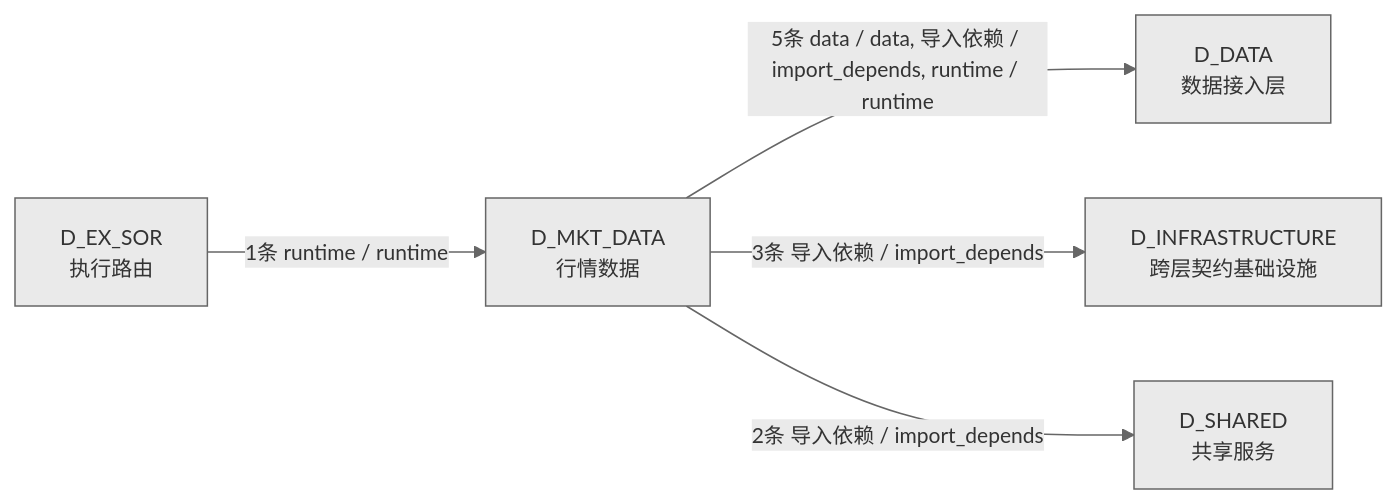
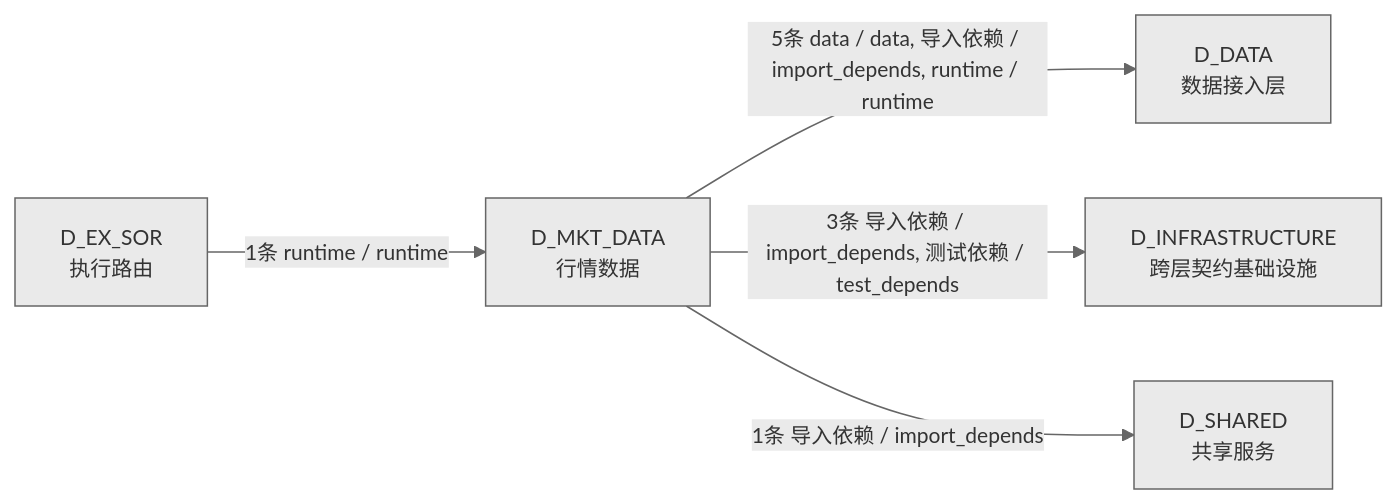
The fourth of 4 diagrams in docs/02_enterprise_architecture/02_domain_architecture_docs/23_d_mkt_data.md (xuanFelixVan/ZephyrAlpha), drawn with Mermaid before and after one commit. The commit also changed other lines of this file and 41 other files, not shown here.

````diff
--- a/docs/02_enterprise_architecture/02_domain_architecture_docs/23_d_mkt_data.md
+++ b/docs/02_enterprise_architecture/02_domain_architecture_docs/23_d_mkt_data.md
@@ -196,13 +202,13 @@
 ```mermaid
 %%{init: {'theme': 'base', 'themeVariables': {'primaryColor': '#eaeaea', 'primaryTextColor': '#333333', 'primaryBorderColor': '#666666', 'lineColor': '#666666', 'secondaryColor': '#eaeaea', 'tertiaryColor': '#eaeaea', 'fontSize': '14px'}}}%%
 graph LR
     D_MKT_DATA["D_MKT_DATA<br/>行情数据"]
     D_DATA["D_DATA<br/>数据接入层"]
     D_INFRASTRUCTURE["D_INFRASTRUCTURE<br/>跨层契约基础设施"]
     D_SHARED["D_SHARED<br/>共享服务"]
     D_EX_SOR["D_EX_SOR<br/>执行路由"]
     D_MKT_DATA -->|5条 data / data, 导入依赖 / import_depends, runtime / runtime| D_DATA
-    D_MKT_DATA -->|3条 导入依赖 / import_depends| D_INFRASTRUCTURE
-    D_MKT_DATA -->|2条 导入依赖 / import_depends| D_SHARED
+    D_MKT_DATA -->|3条 导入依赖 / import_depends, 测试依赖 / test_depends| D_INFRASTRUCTURE
+    D_MKT_DATA -->|1条 导入依赖 / import_depends| D_SHARED
     D_EX_SOR -->|1条 runtime / runtime| D_MKT_DATA
 ```
````
